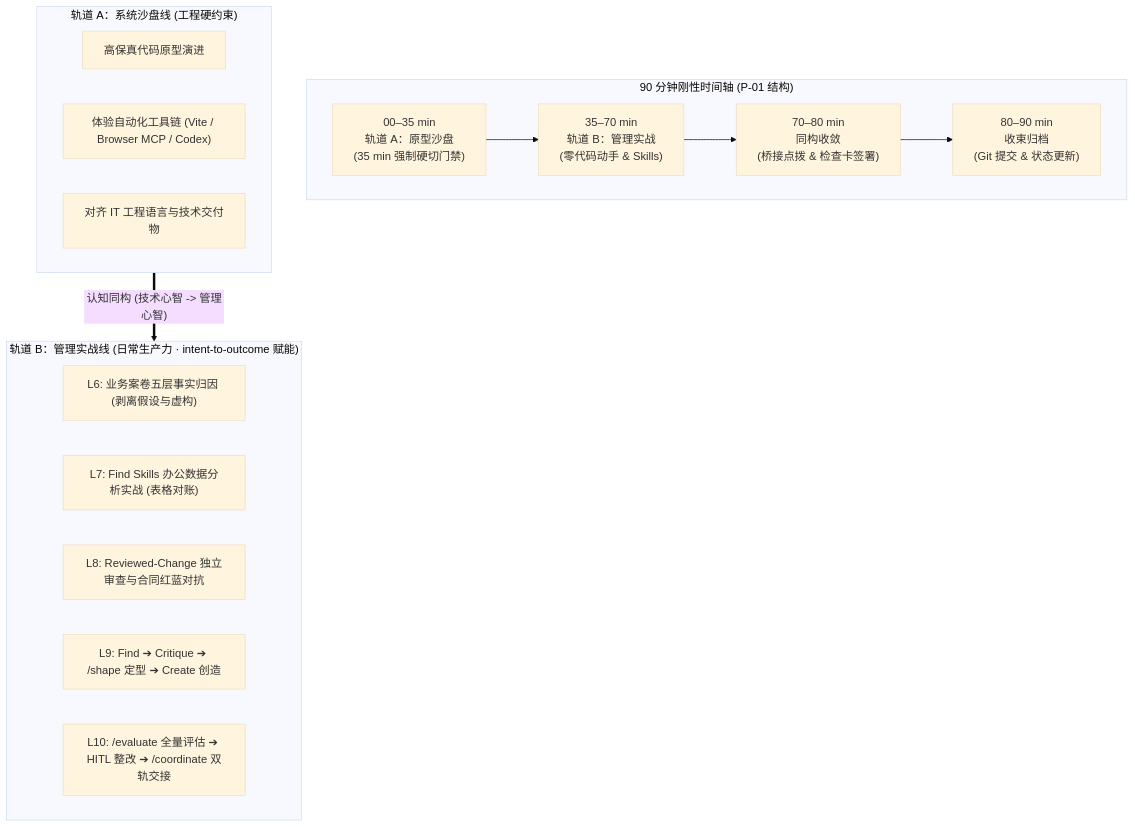
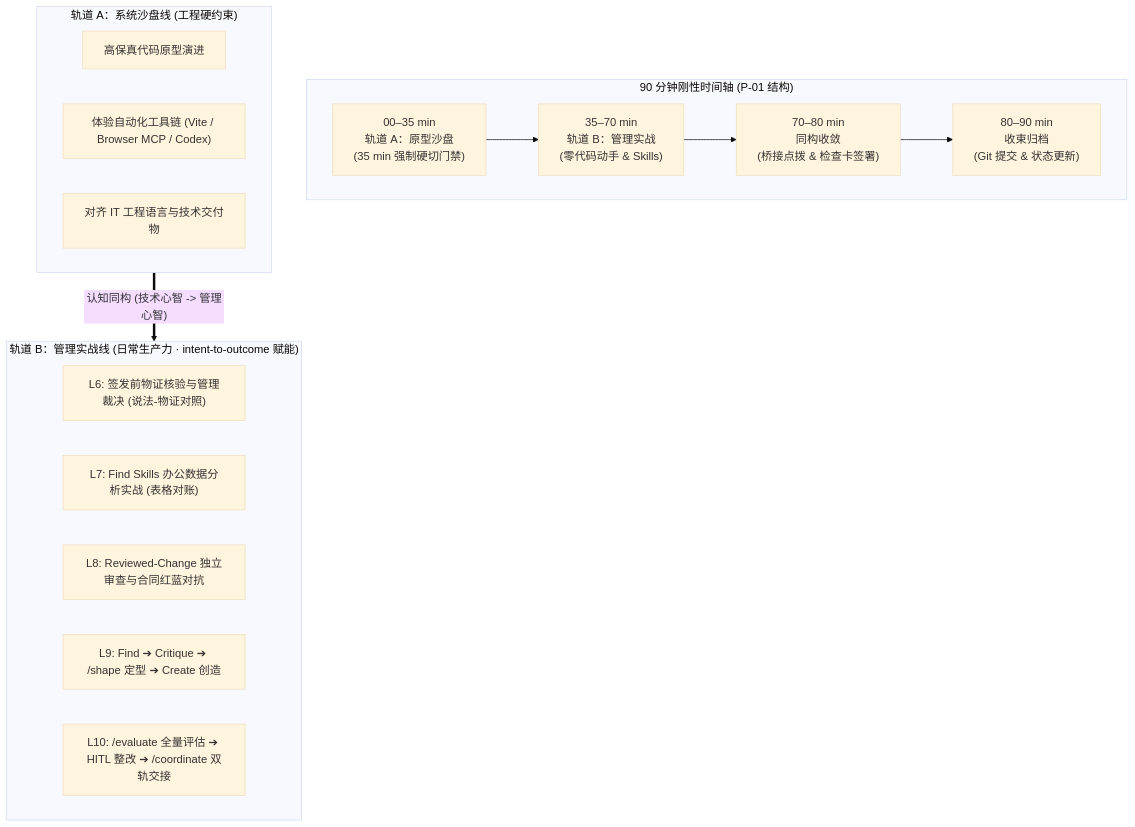
The diagram in lessons/CURRICULUM_REBALANCING_AND_DUAL_TRACK_OPTIMIZATION_PROPOSAL.md (fishfuuu/ai-business-prototype-bootcamp), drawn with Mermaid (base theme) before and after one commit. The commit also changed other lines of this file and 17 other files, not shown here.

````diff
--- a/lessons/CURRICULUM_REBALANCING_AND_DUAL_TRACK_OPTIMIZATION_PROPOSAL.md
+++ b/lessons/CURRICULUM_REBALANCING_AND_DUAL_TRACK_OPTIMIZATION_PROPOSAL.md
@@ -94,23 +99,23 @@
 ```mermaid
 flowchart TB
     subgraph Timeline["90 分钟刚性时间轴 (P-01 结构)"]
         direction LR
         T1["00–35 min<br/>轨道 A：原型沙盘<br/>(35 min 强制硬切门禁)"] --> T2["35–70 min<br/>轨道 B：管理实战<br/>(零代码动手 & Skills)"] --> T3["70–80 min<br/>同构收敛<br/>(桥接点拨 & 检查卡签署)"] --> T4["80–90 min<br/>收束归档<br/>(Git 提交 & 状态更新)"]
     end
 
     subgraph TrackA["轨道 A：系统沙盘线 (工程硬约束)"]
         A1["高保真代码原型演进"]
         A2["体验自动化工具链 (Vite / Browser MCP / Codex)"]
         A3["对齐 IT 工程语言与技术交付物"]
     end
 
     subgraph TrackB["轨道 B：管理实战线 (日常生产力 · intent-to-outcome 赋能)"]
-        B1["L6: 业务案卷五层事实归因 (剥离假设与虚构)"]
+        B1["L6: 签发前物证核验与管理裁决 (说法-物证对照)"]
         B2["L7: Find Skills 办公数据分析实战 (表格对账)"]
         B3["L8: Reviewed-Change 独立审查与合同红蓝对抗"]
         B4["L9: Find ➔ Critique ➔ /shape 定型 ➔ Create 创造"]
         B5["L10: /evaluate 全量评估 ➔ HITL 整改 ➔ /coordinate 双轨交接"]
     end
 
     TrackA ==>|"认知同构 (技术心智 -> 管理心智)"| TrackB
 ```
````
